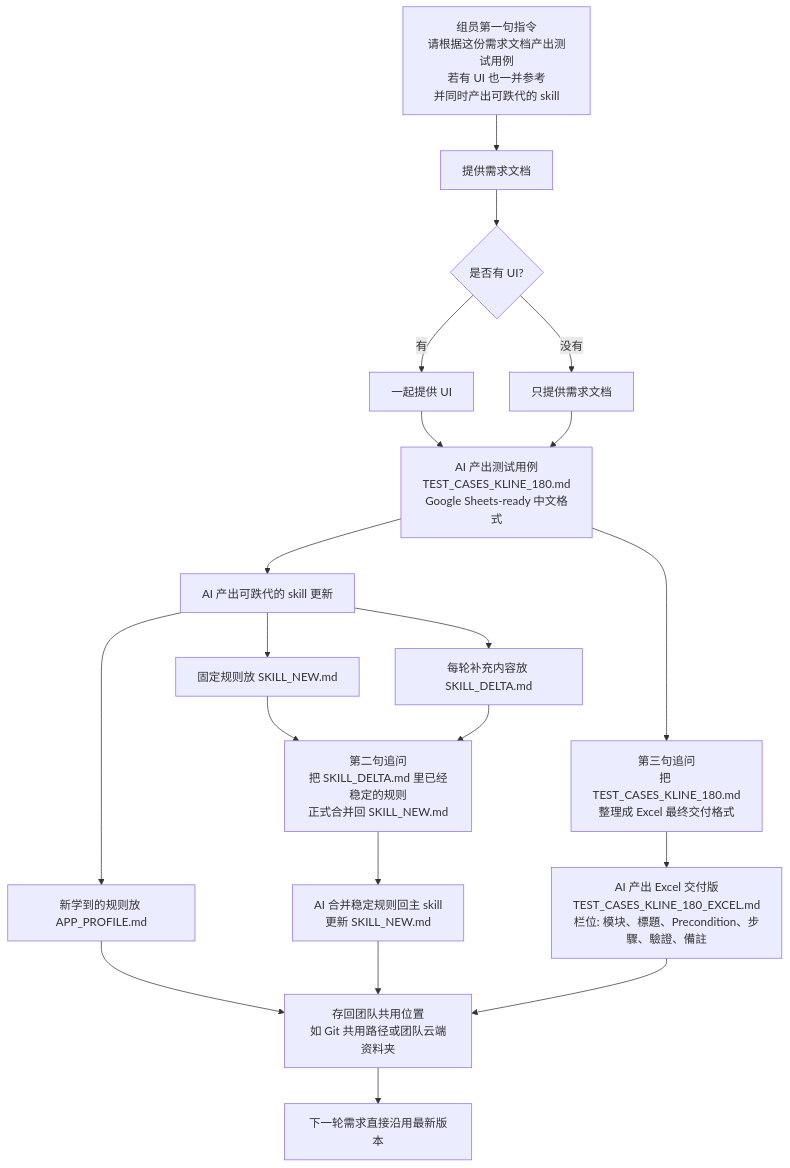
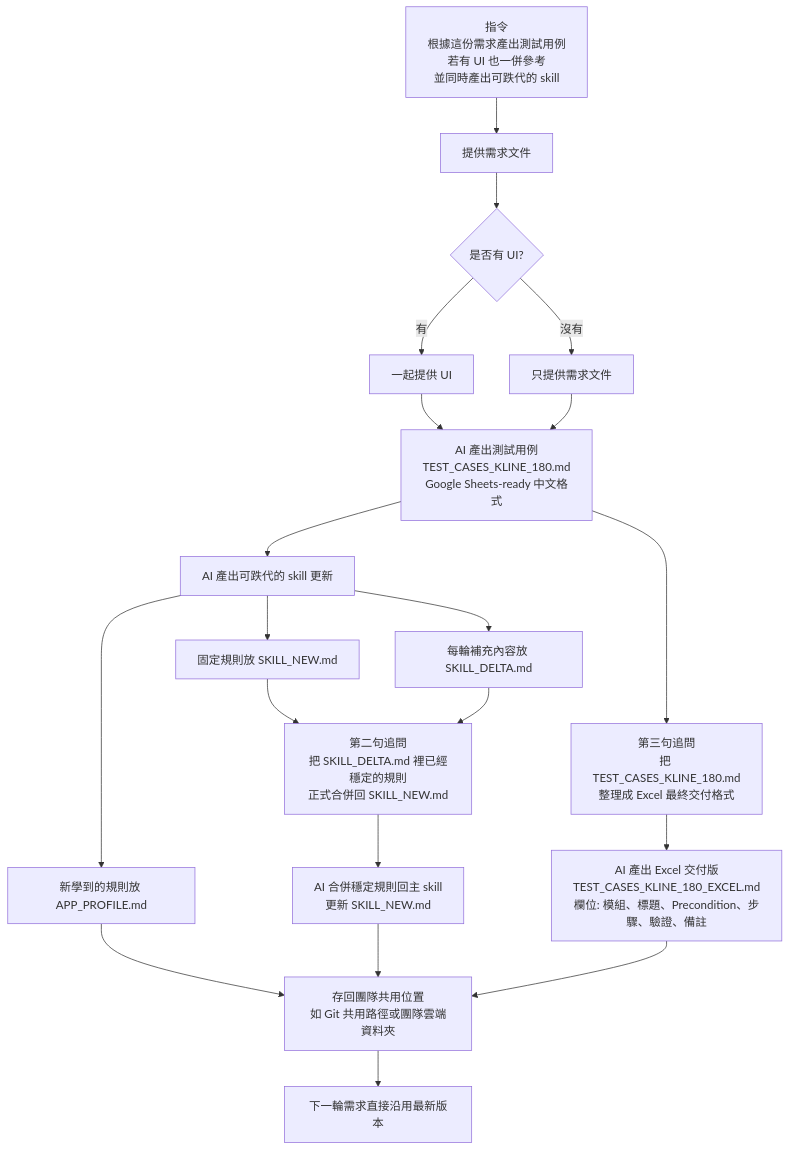
One commit to Jimmy-Kao/skills changed the diagram in README.md. Above: the diagram before and after it, drawn with Mermaid.

````diff
--- a/README.md
+++ b/README.md
@@ -70,39 +70,39 @@
 ```mermaid
 flowchart TD
-	A["组员第一句指令<br/>请根据这份需求文档产出测试用例<br/>若有 UI 也一并参考<br/>并同时产出可跌代的 skill"]
-	B["提供需求文档"]
+	A["指令<br/>根據這份需求產出測試用例<br/>若有 UI 也一併參考<br/>並同時產出可跌代的 skill"]
+	B["提供需求文件"]
 	C{"是否有 UI?"}
 	D["一起提供 UI"]
-	E["只提供需求文档"]
-	F["AI 产出测试用例<br/>TEST_CASES_KLINE_180.md<br/>Google Sheets-ready 中文格式"]
-	G["AI 产出可跌代的 skill 更新"]
-	H["固定规则放 SKILL_NEW.md"]
-	I["新学到的规则放 APP_PROFILE.md"]
-	J["每轮补充内容放 SKILL_DELTA.md"]
-	K["第二句追问<br/>把 SKILL_DELTA.md 里已经稳定的规则<br/>正式合并回 SKILL_NEW.md"]
-	L["AI 合并稳定规则回主 skill<br/>更新 SKILL_NEW.md"]
-	M["第三句追问<br/>把 TEST_CASES_KLINE_180.md<br/>整理成 Excel 最终交付格式"]
-	N["AI 产出 Excel 交付版<br/>TEST_CASES_KLINE_180_EXCEL.md<br/>栏位: 模块、標題、Precondition、步驟、驗證、備註"]
-	O["存回团队共用位置<br/>如 Git 共用路径或团队云端资料夹"]
-	P["下一轮需求直接沿用最新版本"]
+	E["只提供需求文件"]
+	F["AI 產出測試用例<br/>TEST_CASES_KLINE_180.md<br/>Google Sheets-ready 中文格式"]
+	G["AI 產出可跌代的 skill 更新"]
+	H["固定規則放 SKILL_NEW.md"]
+	I["新學到的規則放 APP_PROFILE.md"]
+	J["每輪補充內容放 SKILL_DELTA.md"]
+	K["第二句追問<br/>把 SKILL_DELTA.md 裡已經穩定的規則<br/>正式合併回 SKILL_NEW.md"]
+	L["AI 合併穩定規則回主 skill<br/>更新 SKILL_NEW.md"]
+	M["第三句追問<br/>把 TEST_CASES_KLINE_180.md<br/>整理成 Excel 最終交付格式"]
+	N["AI 產出 Excel 交付版<br/>TEST_CASES_KLINE_180_EXCEL.md<br/>欄位: 模組、標題、Precondition、步驟、驗證、備註"]
+	O["存回團隊共用位置<br/>如 Git 共用路徑或團隊雲端資料夾"]
+	P["下一輪需求直接沿用最新版本"]
 
 	A --> B
 	B --> C
 	C -- 有 --> D
-	C -- 没有 --> E
+	C -- 沒有 --> E
 	D --> F
 	E --> F
 	F --> G
 	G --> H
 	G --> I
 	G --> J
 	H --> K
 	I --> O
 	J --> K
 	K --> L
 	F --> M
 	M --> N
 	L --> O
 	N --> O
 	O --> P
 ```
````
